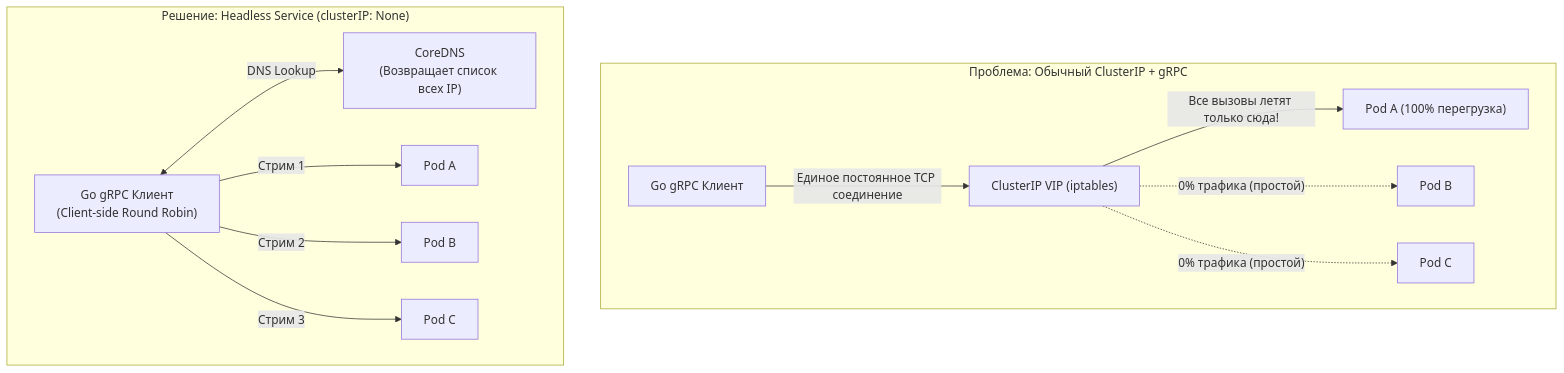
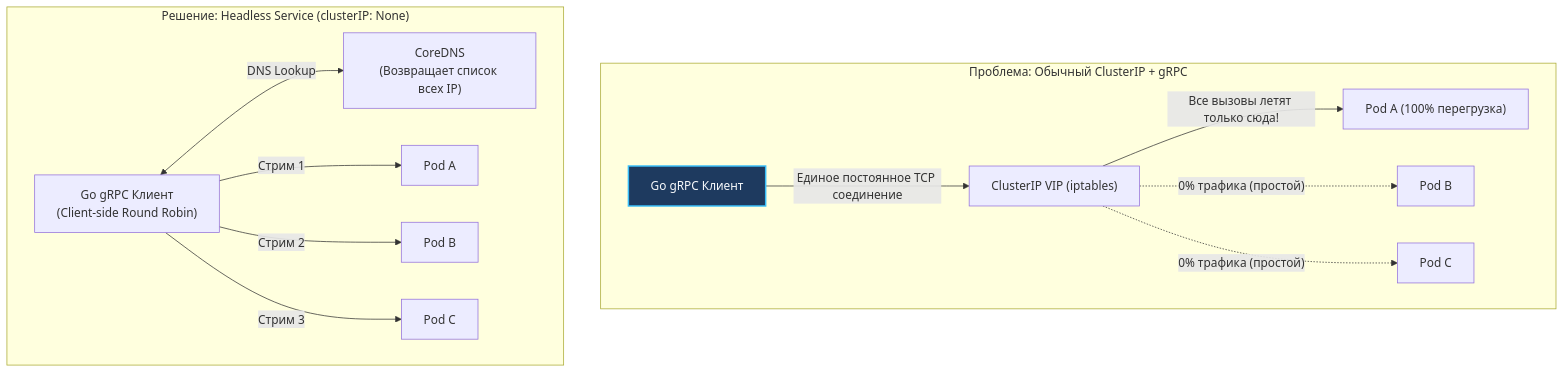
Before and after one commit to UnrealTemplier/go-textbook: the fourth of 4 diagrams in sources/14. Распределенные системы на Go/07. Kubernetes и деплой/3. Pod, Deployment, Service.md, drawn with Mermaid. The commit also changed other lines of this file and 1666 other files, not shown here.

First line of the commit message:
feat(mermaid): add semantic color classDef to 1369 colorless flowchart/graph diagrams

````diff
--- a/sources/14. Распределенные системы на Go/07. Kubernetes и деплой/3. Pod, Deployment, Service.md
+++ b/sources/14. Распределенные системы на Go/07. Kubernetes и деплой/3. Pod, Deployment, Service.md
@@ -156,18 +186,28 @@
 ```mermaid
 flowchart TD
+    classDef process  fill:#1e293b,stroke:#38bdf8,stroke-width:1px,color:#f8fafc
+    classDef success  fill:#064e3b,stroke:#34d399,stroke-width:1px,color:#f8fafc
+    classDef error    fill:#7f1d1d,stroke:#f87171,stroke-width:1px,color:#f8fafc
+    classDef warning  fill:#78350f,stroke:#fbbf24,stroke-width:1px,color:#f8fafc
+    classDef entry    fill:#1e3a5f,stroke:#38bdf8,stroke-width:2px,color:#f8fafc
+    classDef aux      fill:#334155,stroke:#64748b,stroke-width:1px,color:#f8fafc
+    classDef system   fill:#312e81,stroke:#a78bfa,stroke-width:1px,color:#f8fafc
+    classDef data     fill:#132d29,stroke:#2dd4bf,stroke-width:1px,color:#f8fafc
+    classDef network  fill:#881337,stroke:#fb7185,stroke-width:1px,color:#f8fafc
+    classDef accent   fill:#1e1b4b,stroke:#818cf8,stroke-width:1px,color:#f8fafc
     subgraph Problem ["Проблема: Обычный ClusterIP + gRPC"]
-        C1["Go gRPC Клиент"] -->|"Единое постоянное TCP соединение"| VIP["ClusterIP VIP (iptables)"]
+        C1["Go gRPC Клиент"]:::entry -->|"Единое постоянное TCP соединение"| VIP["ClusterIP VIP (iptables)"]
         VIP -->|"Все вызовы летят только сюда!"| PA["Pod A (100% перегрузка)"]
         VIP -.->|"0% трафика (простой)"| PB["Pod B"]
         VIP -.->|"0% трафика (простой)"| PC["Pod C"]
     end
 
     subgraph Solution ["Решение: Headless Service (clusterIP: None)"]
         C2["Go gRPC Клиент<br>(Client-side Round Robin)"]
         DNS["CoreDNS<br>(Возвращает список всех IP)"]
         C2 <-->|"DNS Lookup"| DNS
         C2 -->|"Стрим 1"| P1["Pod A"]
         C2 -->|"Стрим 2"| P2["Pod B"]
         C2 -->|"Стрим 3"| P3["Pod C"]
     end
 ```
````
